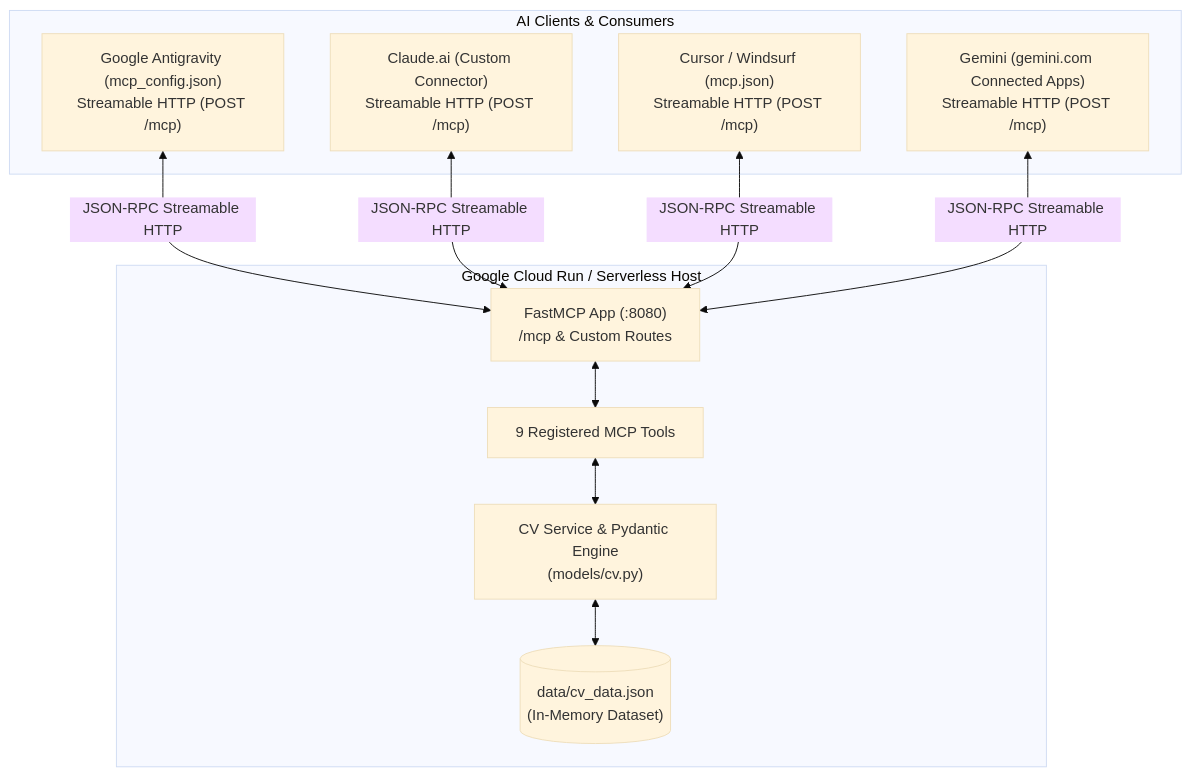
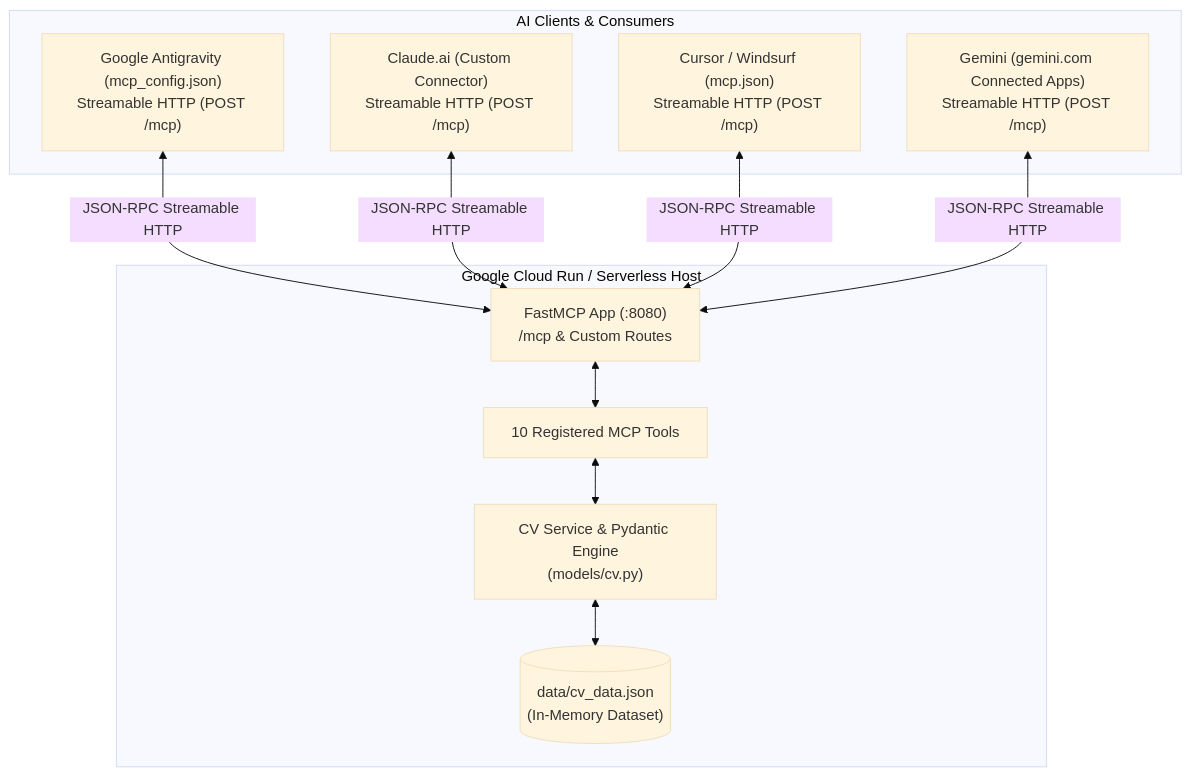
Before and after one commit to AnaCataVC/anacatalina-mcp: the first of 2 diagrams in README.md, drawn with Mermaid (base theme). The commit also changed other lines of this file and 3 other files, not shown here.

````diff
--- a/README.md
+++ b/README.md
@@ -44,24 +51,24 @@
 ```mermaid
 flowchart TD
     subgraph ClientLayer["AI Clients & Consumers"]
         AG["Google Antigravity (mcp_config.json)<br/>Streamable HTTP (POST /mcp)"]
         A["Claude.ai (Custom Connector)<br/>Streamable HTTP (POST /mcp)"]
         B["Cursor / Windsurf (mcp.json)<br/>Streamable HTTP (POST /mcp)"]
         G["Gemini (gemini.com Connected Apps)<br/>Streamable HTTP (POST /mcp)"]
     end
 
     subgraph CloudLayer["Google Cloud Run / Serverless Host"]
         C["FastMCP App (:8080)<br/>/mcp & Custom Routes"]
-        D["9 Registered MCP Tools"]
+        D["10 Registered MCP Tools"]
         E["CV Service & Pydantic Engine<br/>(models/cv.py)"]
         F[("data/cv_data.json<br/>(In-Memory Dataset)")]
     end
 
     AG <-->|"JSON-RPC Streamable HTTP"| C
     A <-->|"JSON-RPC Streamable HTTP"| C
     B <-->|"JSON-RPC Streamable HTTP"| C
     G <-->|"JSON-RPC Streamable HTTP"| C
     C <--> D
     D <--> E
     E <--> F
 ```
````
